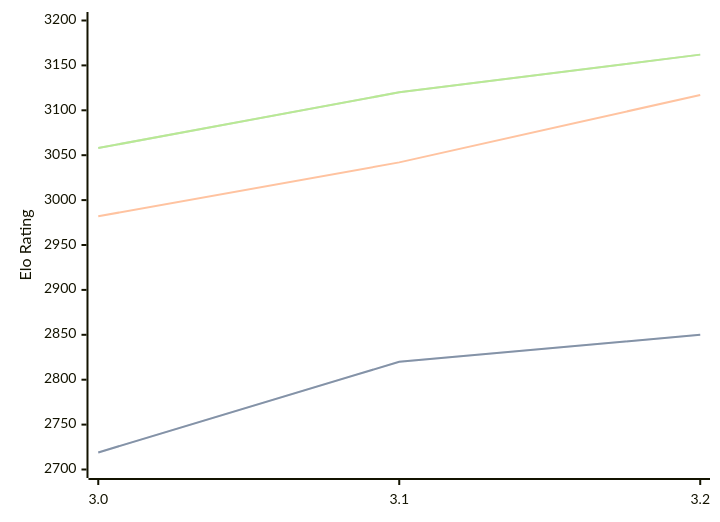
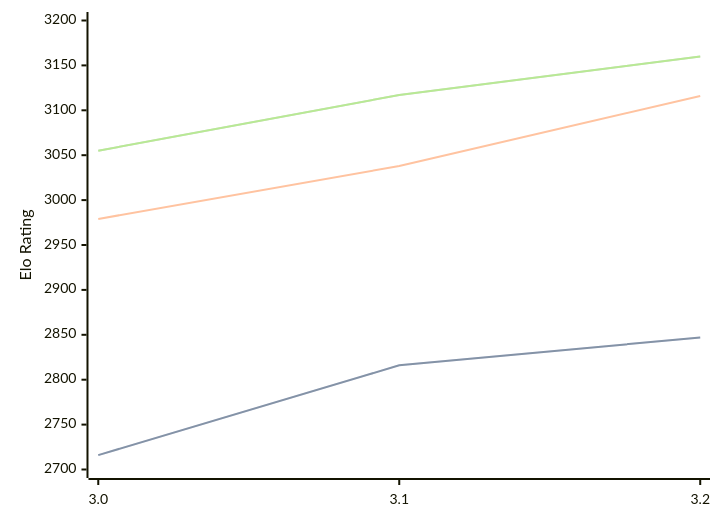
The diagram in engines/Vajolet2.md (computer-chess-index/cci), drawn with Mermaid before and after one commit. The commit also changed other lines of this file, not shown here.

Commit message:
Update CCI Ratings (ELO VLTC) - 2026-08-12

````diff
--- a/engines/Vajolet2.md
+++ b/engines/Vajolet2.md
@@ -33,11 +33,11 @@
 ```mermaid
 %%{init: {"theme":"base","themeVariables":{"seriesColors:['#a3a3a3','#222221','#faa371']}}}%%
 xychart-beta
   x-axis ["3.0", "3.1", "3.2"]
   y-axis "Elo Rating" 2700 --> 3200
-  line "STC (8.0+0.08s)" [2719, 2820, 2850]
-  line "STC (8.0+0.08s)" [2719, 2820, 2850]
-  line "LTC (60.0+0.60s)" [2982, 3042, 3117]
-  line "VLTC (2m24s+1.12s)" [3058, 3120, 3162]
-  line "VLTC (2m24s+1.12s)" [3058, 3120, 3162]
+  line "STC (8.0+0.08s)" [2716, 2816, 2847]
+  line "STC (8.0+0.08s)" [2716, 2816, 2847]
+  line "LTC (60.0+0.60s)" [2979, 3038, 3116]
+  line "VLTC (2m24s+1.12s)" [3055, 3117, 3160]
+  line "VLTC (2m24s+1.12s)" [3055, 3117, 3160]
 ```
````
